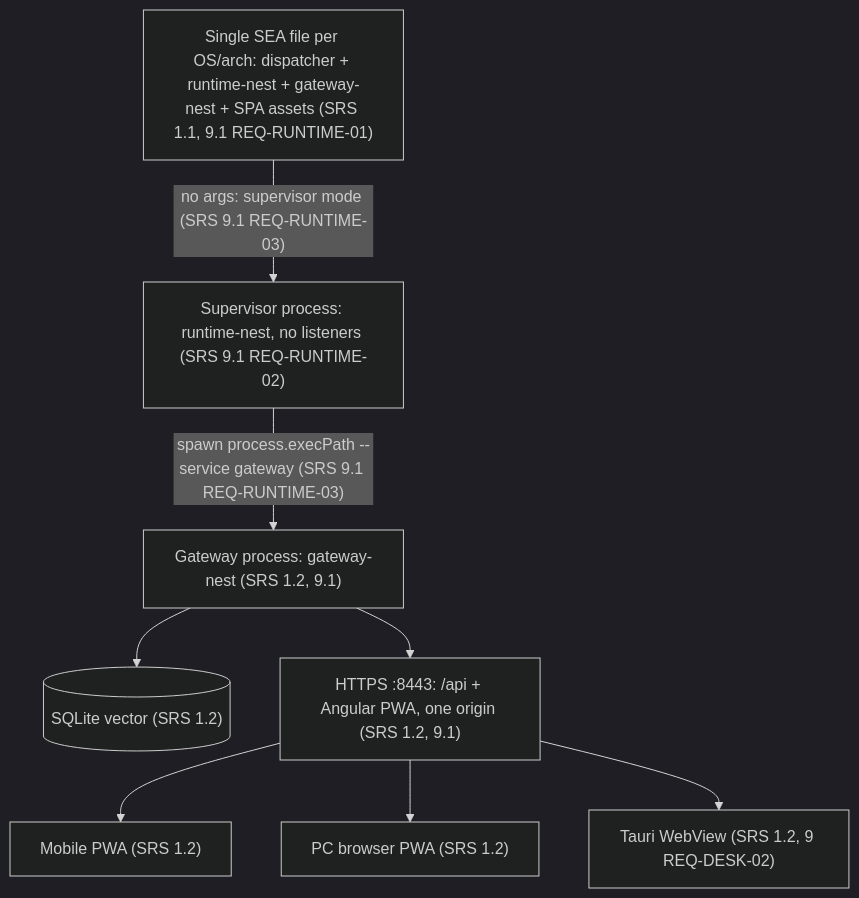
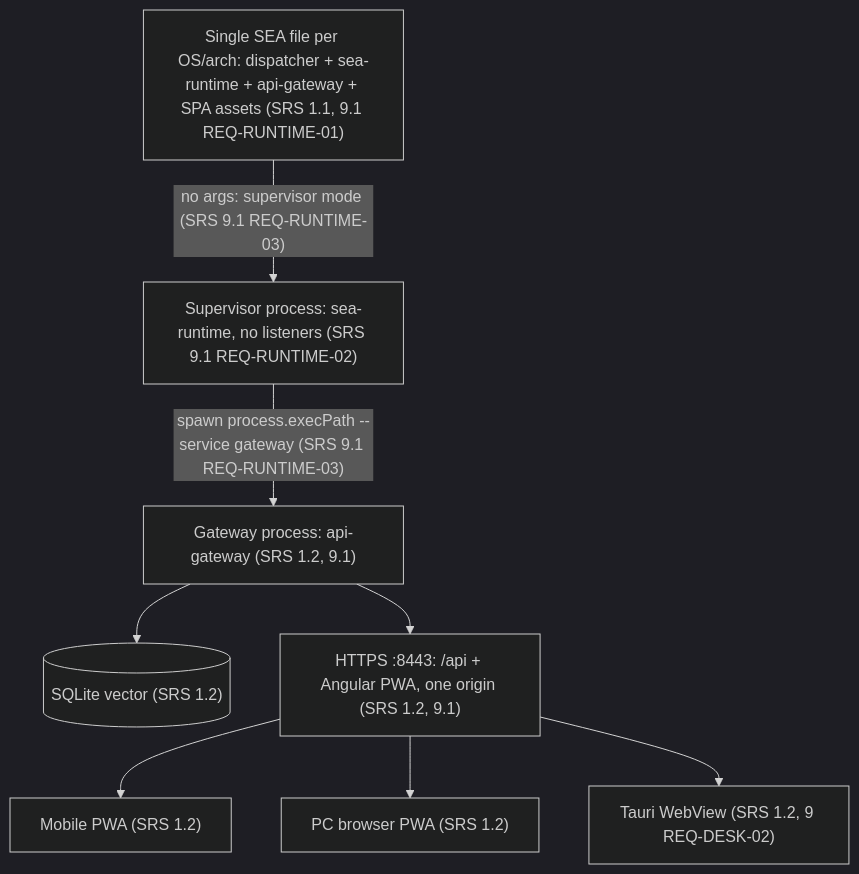
One commit to virgenherrera/lan-solution-template changed the second of 3 diagrams in docs/architecture/overview.md. Above: the diagram before and after it, drawn with Mermaid (dark theme). The commit also changed other lines of this file and 59 other files, not shown here.

Commit message:
feat: POC-1 monorepo, Nest apps and one SEA sidecar (1a to 1c) (#4)

````diff
--- a/docs/architecture/overview.md
+++ b/docs/architecture/overview.md
@@ -91,11 +91,11 @@
 ```mermaid
 flowchart TB
-    SEA["Single SEA file per OS/arch: dispatcher + runtime-nest + gateway-nest + SPA assets (SRS 1.1, 9.1 REQ-RUNTIME-01)"]
-    SEA -->|"no args: supervisor mode (SRS 9.1 REQ-RUNTIME-03)"| SUP["Supervisor process: runtime-nest, no listeners (SRS 9.1 REQ-RUNTIME-02)"]
-    SUP -->|"spawn process.execPath --service gateway (SRS 9.1 REQ-RUNTIME-03)"| GW["Gateway process: gateway-nest (SRS 1.2, 9.1)"]
+    SEA["Single SEA file per OS/arch: dispatcher + sea-runtime + api-gateway + SPA assets (SRS 1.1, 9.1 REQ-RUNTIME-01)"]
+    SEA -->|"no args: supervisor mode (SRS 9.1 REQ-RUNTIME-03)"| SUP["Supervisor process: sea-runtime, no listeners (SRS 9.1 REQ-RUNTIME-02)"]
+    SUP -->|"spawn process.execPath --service gateway (SRS 9.1 REQ-RUNTIME-03)"| GW["Gateway process: api-gateway (SRS 1.2, 9.1)"]
     GW --> DB[("SQLite vector (SRS 1.2)")]
     GW --> ORIGIN["HTTPS :8443: /api + Angular PWA, one origin (SRS 1.2, 9.1)"]
     ORIGIN --> M["Mobile PWA (SRS 1.2)"]
     ORIGIN --> B["PC browser PWA (SRS 1.2)"]
     ORIGIN --> W["Tauri WebView (SRS 1.2, 9 REQ-DESK-02)"]
 ```
````
